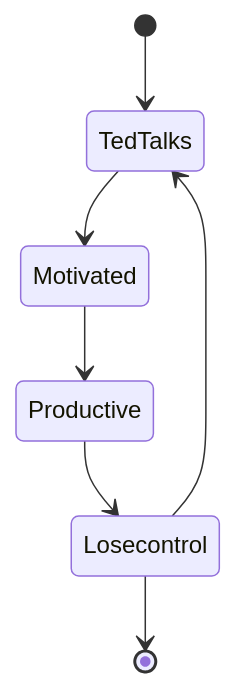
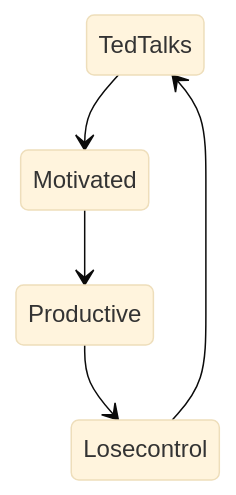
One commit to Gilberto-xyz/Ted-Talks changed the diagram in README.md. Above: the diagram before and after it, drawn with Mermaid.

Commit message:
diagram update

````diff
--- a/README.md
+++ b/README.md
@@ -4,9 +4,8 @@
 ```mermaid
+%%{init: {'securityLevel': 'loose', 'theme':'base'}}%%
 stateDiagram-v2
-    [*] --> TedTalks
     TedTalks --> Motivated
     Motivated --> Productive
     Productive --> Losecontrol
     Losecontrol -->TedTalks 
-    Losecontrol --> [*]   
 ```
````
